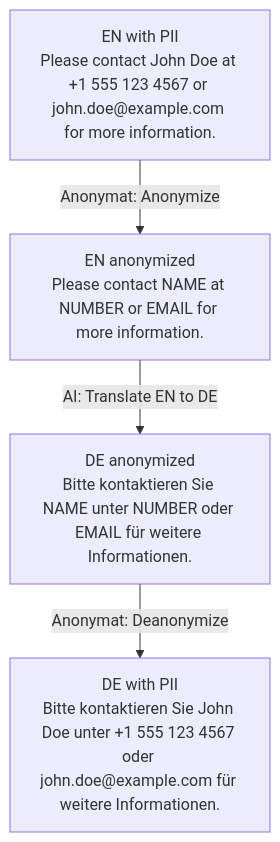
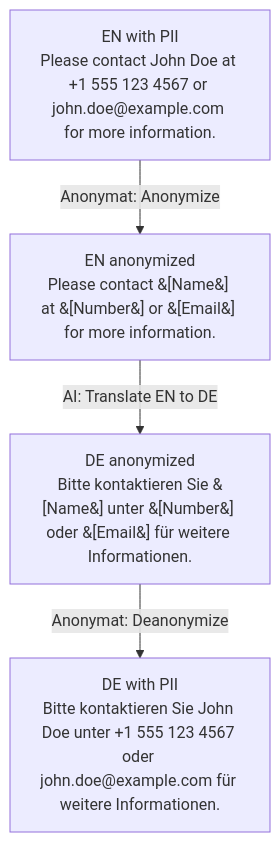
The diagram in README.md (Uli-Z/Anonymat), drawn with Mermaid before and after one commit.

Commit message:
Show bracketed placeholders in Mermaid diagram

````diff
--- a/README.md
+++ b/README.md
@@ -15,11 +15,11 @@
 ```mermaid
 flowchart TB
   A["EN with PII<br/>Please contact John Doe at +1 555 123 4567 or john.doe@example.com for more information."]
-  B["EN anonymized<br/>Please contact NAME at NUMBER or EMAIL for more information."]
-  C["DE anonymized<br/>Bitte kontaktieren Sie NAME unter NUMBER oder EMAIL für weitere Informationen."]
+  B["EN anonymized<br/>Please contact &#91;Name&#93; at &#91;Number&#93; or &#91;Email&#93; for more information."]
+  C["DE anonymized<br/>Bitte kontaktieren Sie &#91;Name&#93; unter &#91;Number&#93; oder &#91;Email&#93; für weitere Informationen."]
   D["DE with PII<br/>Bitte kontaktieren Sie John Doe unter +1 555 123 4567 oder john.doe@example.com für weitere Informationen."]
 
   A -->|Anonymat: Anonymize| B
   B -->|AI: Translate EN to DE| C
   C -->|Anonymat: Deanonymize| D
 ```
````
